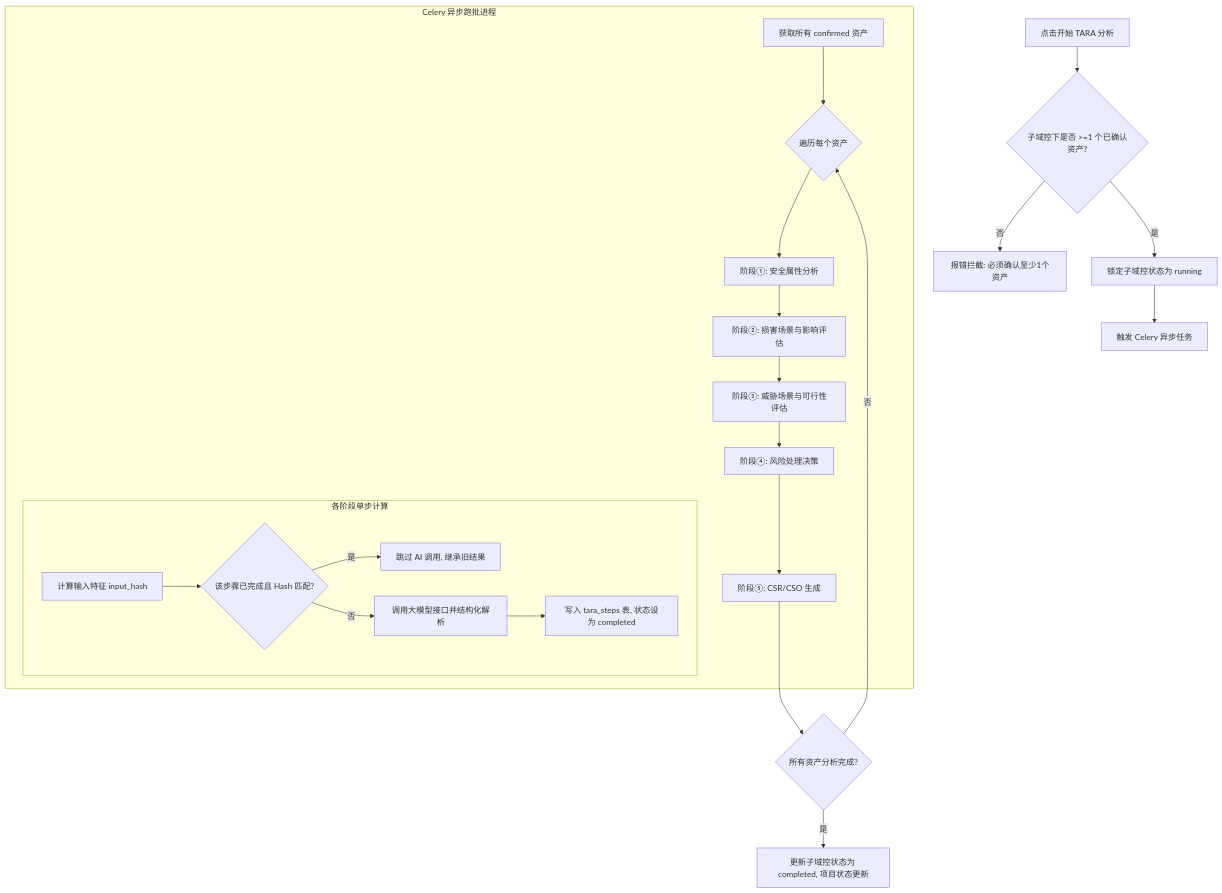
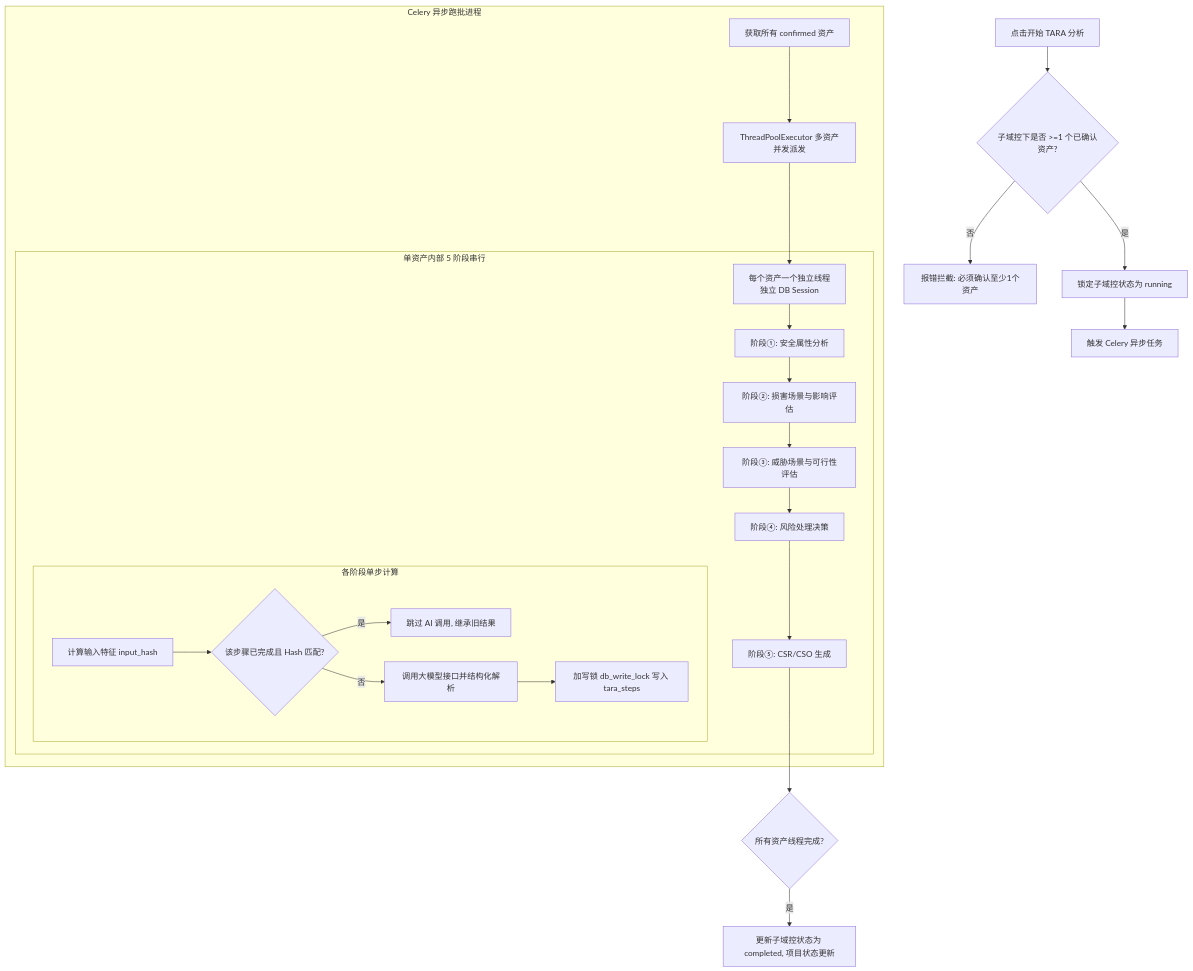
One commit to diandiandia/tara-ai-platform changed the fifth of 5 diagrams in docs/system_design.md. Above: the diagram before and after it, drawn with Mermaid. The commit also changed other lines of this file and 4 other files, not shown here.

````diff
--- a/docs/system_design.md
+++ b/docs/system_design.md
@@ -371,27 +371,30 @@
 ```mermaid
 flowchart TD
     Start[点击开始 TARA 分析] --> Check{子域控下是否 >=1 个已确认资产?}
     Check -- 否 --> Abort[报错拦截: 必须确认至少1个资产]
     Check -- 是 --> Lock[锁定子域控状态为 running]
     Lock --> Celery[触发 Celery 异步任务]
     
     subgraph Celery_Run [Celery 异步跑批进程]
-        GetAssets[获取所有 confirmed 资产] --> LoopStart{遍历每个资产}
-        LoopStart --> Stage1[阶段①: 安全属性分析]
-        Stage1 --> Stage2[阶段②: 损害场景与影响评估]
-        Stage2 --> Stage3[阶段③: 威胁场景与可行性评估]
-        Stage3 --> Stage4[阶段④: 风险处理决策]
-        Stage4 --> Stage5[阶段⑤: CSR/CSO 生成]
-        
-        subgraph Stage_Process [各阶段单步计算]
-            StepStart[计算输入特征 input_hash] --> HashCheck{该步骤已完成且 Hash 匹配?}
-            HashCheck -- 是 --> Skip[跳过 AI 调用, 继承旧结果]
-            HashCheck -- 否 --> CallLLM[调用大模型接口并结构化解析]
-            CallLLM --> SaveDB[写入 tara_steps 表, 状态设为 completed]
+        GetAssets[获取所有 confirmed 资产] --> Pool[ThreadPoolExecutor 多资产并发派发]
+        Pool --> AssetThread[每个资产一个独立线程<br/>独立 DB Session]
+
+        subgraph Asset_Pipeline [单资产内部 5 阶段串行]
+            AssetThread --> Stage1[阶段①: 安全属性分析]
+            Stage1 --> Stage2[阶段②: 损害场景与影响评估]
+            Stage2 --> Stage3[阶段③: 威胁场景与可行性评估]
+            Stage3 --> Stage4[阶段④: 风险处理决策]
+            Stage4 --> Stage5[阶段⑤: CSR/CSO 生成]
+
+            subgraph Stage_Process [各阶段单步计算]
+                StepStart[计算输入特征 input_hash] --> HashCheck{该步骤已完成且 Hash 匹配?}
+                HashCheck -- 是 --> Skip[跳过 AI 调用, 继承旧结果]
+                HashCheck -- 否 --> CallLLM[调用大模型接口并结构化解析]
+                CallLLM --> SaveDB[加写锁 db_write_lock 写入 tara_steps]
+            end
         end
     end
-    
-    Stage5 --> LoopEnd{所有资产分析完成?}
-    LoopEnd -- 否 --> LoopStart
+
+    Stage5 --> LoopEnd{所有资产线程完成?}
     LoopEnd -- 是 --> Unlock[更新子域控状态为 completed, 项目状态更新]
 ```
````
